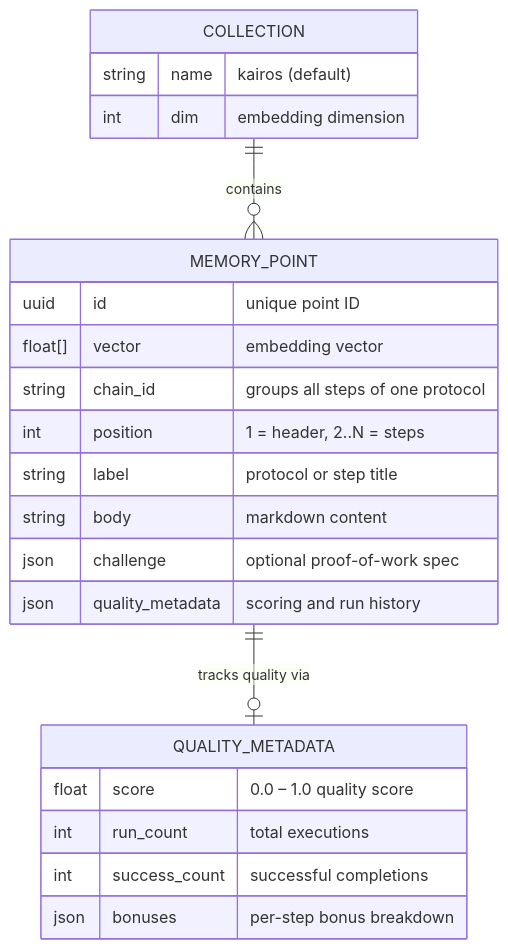
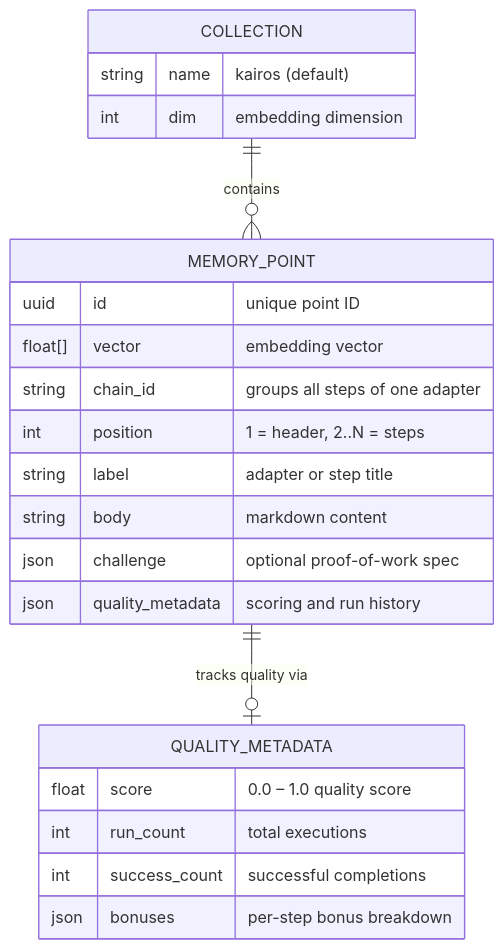
One commit to debian777/kairos-mcp changed the fourth of 5 diagrams in docs/architecture/infrastructure.md. Above: the diagram before and after it, drawn with Mermaid. The commit also changed other lines of this file and 74 other files, not shown here.

````diff
--- a/docs/architecture/infrastructure.md
+++ b/docs/architecture/infrastructure.md
@@ -302,28 +302,28 @@
 ```mermaid
 erDiagram
     COLLECTION {
         string name   "kairos (default)"
         int    dim    "embedding dimension"
     }
 
     MEMORY_POINT {
         uuid    id               "unique point ID"
         float[] vector           "embedding vector"
-        string  chain_id         "groups all steps of one protocol"
+        string  chain_id         "groups all steps of one adapter"
         int     position         "1 = header, 2..N = steps"
-        string  label            "protocol or step title"
+        string  label            "adapter or step title"
         string  body             "markdown content"
         json    challenge        "optional proof-of-work spec"
         json    quality_metadata "scoring and run history"
     }
 
     QUALITY_METADATA {
         float   score            "0.0 – 1.0 quality score"
         int     run_count        "total executions"
         int     success_count    "successful completions"
         json    bonuses          "per-step bonus breakdown"
     }
 
     COLLECTION     ||--o{ MEMORY_POINT    : "contains"
     MEMORY_POINT   ||--o| QUALITY_METADATA : "tracks quality via"
 ```
````
